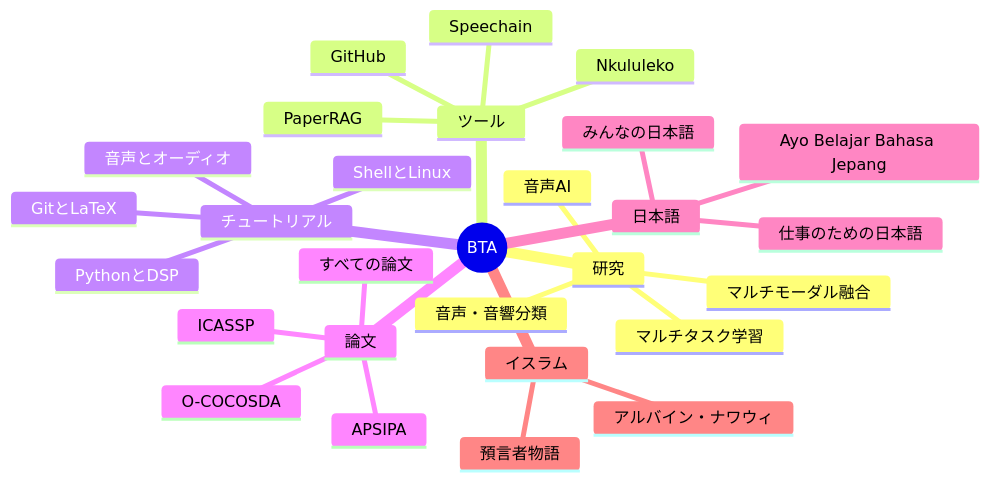
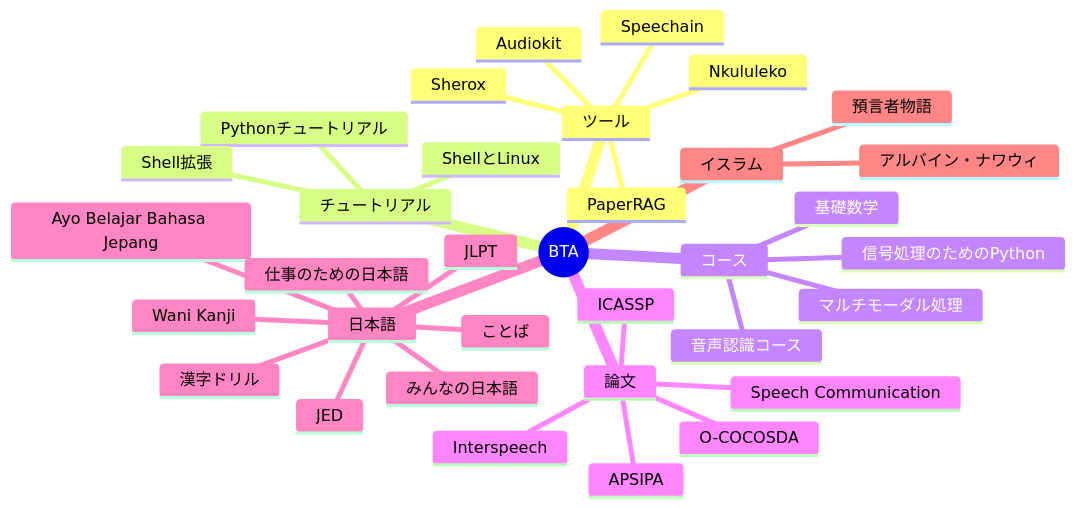
The diagram in ja/index.md (bagustris/bagustris.github.io), drawn with Mermaid before and after one commit. The commit also changed other lines of this file, not shown here.

```diff
--- a/ja/index.md
+++ b/ja/index.md
@@ -19,31 +22,37 @@
 <pre class="mermaid">
 mindmap
   root((BTA))
-    研究
-      音声AI
-      マルチモーダル融合
-      マルチタスク学習
-      音声・音響分類
     ツール
       Nkululeko
       Speechain
       PaperRAG
-      GitHub
+      Audiokit
+      Sherox
     チュートリアル
       ShellとLinux
-      PythonとDSP
-      音声とオーディオ
-      GitとLaTeX
+      Pythonチュートリアル
+      Shell拡張
+    コース
+      音声認識コース
+      信号処理のためのPython
+      マルチモーダル処理
+      基礎数学
     論文
+      Speech Communication
       ICASSP
+      Interspeech
       O-COCOSDA
       APSIPA
-      すべての論文
     日本語
       Ayo Belajar Bahasa Jepang
       みんなの日本語
       仕事のための日本語
+      漢字ドリル
+      ことば
+      JLPT
+      JED
+      Wani Kanji
     イスラム
       預言者物語
       アルバイン・ナワウィ
 </pre>
```
